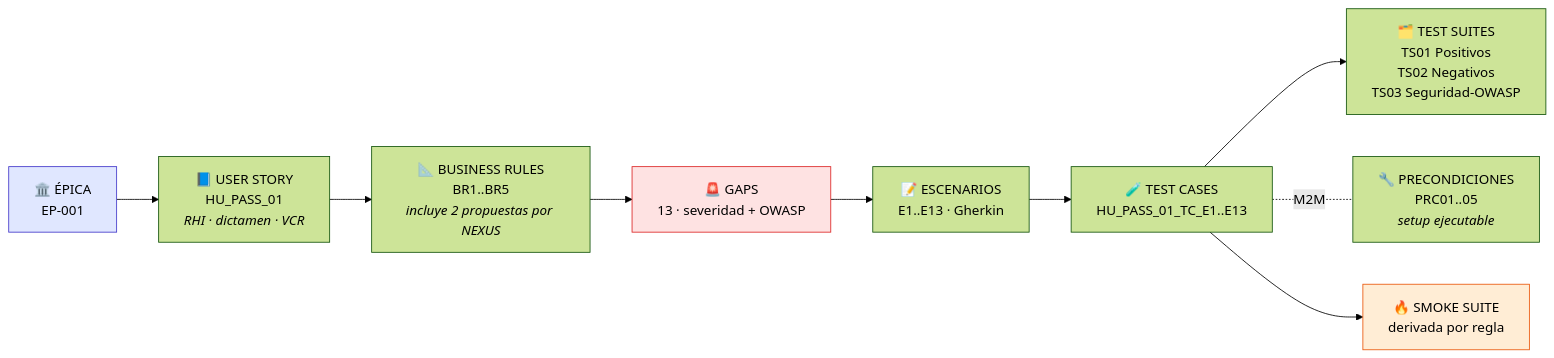
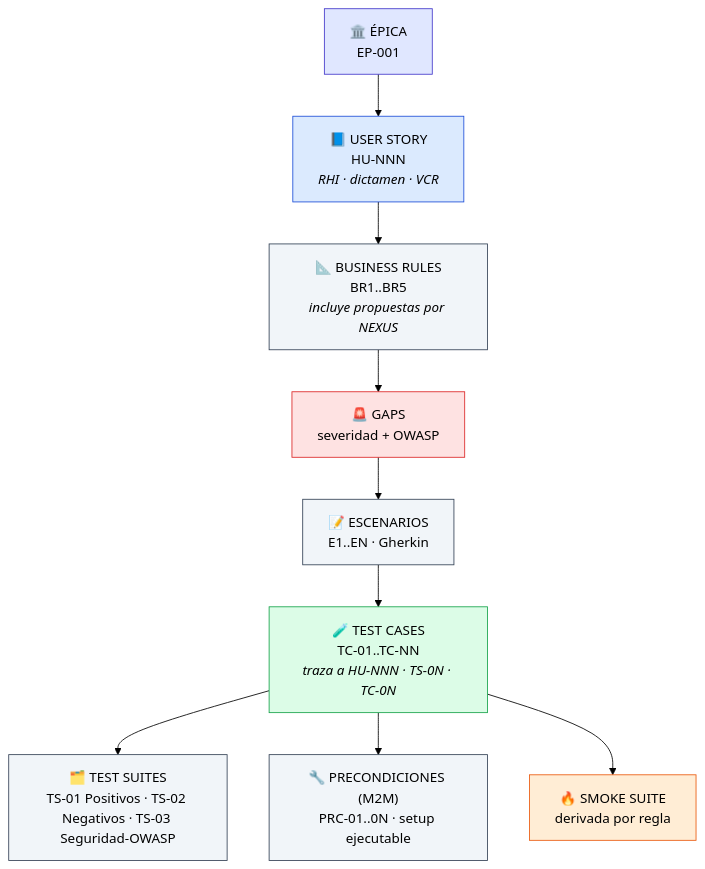
One commit to E-Gregorio/nexus-requirements changed the second of 2 diagrams in README.md. Above: the diagram before and after it, drawn with Mermaid (forest theme). The commit also changed other lines of this file and 31 other files, not shown here.

Commit message:
Rediseno de IDs (HU-NNN/TS-NN/PRC-NN/TC-NN) con registro persistente, CSV alineado 1:1 con plantilla ISTQB, VCR visible en HU Ideal/Certificado/CSV, fix de reglas de negocio perdidas, HU-001 y HU-002 verificadas

````diff
--- a/README.md
+++ b/README.md
@@ -98,15 +130,21 @@
 ```mermaid
-flowchart LR
-    EP["🏛️ ÉPICA<br/>EP-001"] --> HU["📘 USER STORY<br/>HU_PASS_01<br/><i>RHI · dictamen · VCR</i>"]
-    HU --> BR["📐 BUSINESS RULES<br/>BR1..BR5<br/><i>incluye 2 propuestas por NEXUS</i>"]
-    BR --> GAP["🚨 GAPS<br/>13 · severidad + OWASP"]
-    GAP --> ESC["📝 ESCENARIOS<br/>E1..E13 · Gherkin"]
-    ESC --> TC["🧪 TEST CASES<br/>HU_PASS_01_TC_E1..E13"]
-    TC --> TS["🗂️ TEST SUITES<br/>TS01 Positivos<br/>TS02 Negativos<br/>TS03 Seguridad-OWASP"]
-    TC -.M2M.- PRC["🔧 PRECONDICIONES<br/>PRC01..05<br/><i>setup ejecutable</i>"]
+flowchart TD
+    EP["🏛️ ÉPICA<br/>EP-001"] --> HU["📘 USER STORY<br/>HU-NNN<br/><i>RHI · dictamen · VCR</i>"]
+    HU --> BR["📐 BUSINESS RULES<br/>BR1..BR5<br/><i>incluye propuestas por NEXUS</i>"]
+    BR --> GAP["🚨 GAPS<br/>severidad + OWASP"]
+    GAP --> ESC["📝 ESCENARIOS<br/>E1..EN · Gherkin"]
+    ESC --> TC["🧪 TEST CASES<br/>TC-01..TC-NN<br/><i>traza a HU-NNN · TS-0N · TC-0N</i>"]
+    TC --> TS["🗂️ TEST SUITES<br/>TS-01 Positivos · TS-02 Negativos · TS-03 Seguridad-OWASP"]
+    TC --> PRC["🔧 PRECONDICIONES (M2M)<br/>PRC-01..0N · setup ejecutable"]
     TC --> SMK["🔥 SMOKE SUITE<br/>derivada por regla"]
 
-    style EP fill:#e0e7ff,stroke:#4338ca
-    style GAP fill:#fee2e2,stroke:#dc2626
-    style SMK fill:#ffedd5,stroke:#ea580c
+    style EP fill:#e0e7ff,stroke:#4338ca,color:#000
+    style HU fill:#dbeafe,stroke:#1d4ed8,color:#000
+    style BR fill:#f1f5f9,stroke:#334155,color:#000
+    style GAP fill:#fee2e2,stroke:#dc2626,color:#000
+    style ESC fill:#f1f5f9,stroke:#334155,color:#000
+    style TC fill:#dcfce7,stroke:#16a34a,color:#000
+    style TS fill:#f1f5f9,stroke:#334155,color:#000
+    style PRC fill:#f1f5f9,stroke:#334155,color:#000
+    style SMK fill:#ffedd5,stroke:#ea580c,color:#000
 ```
````
